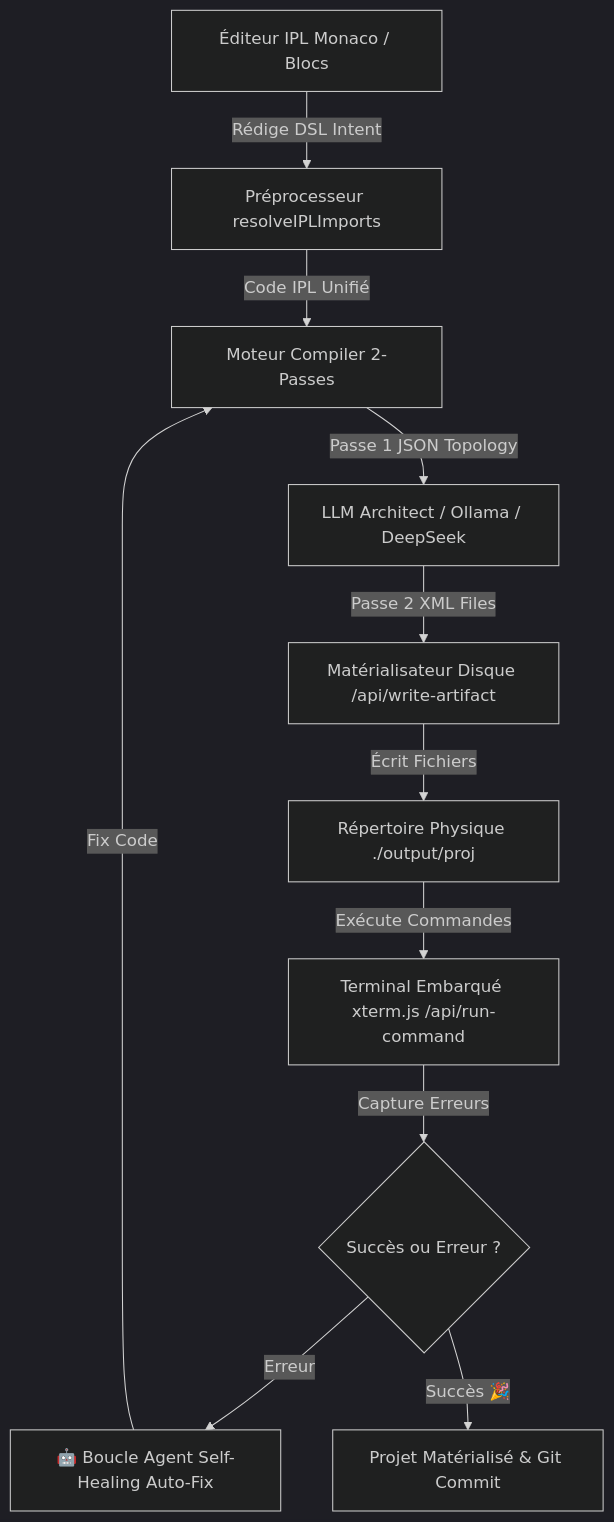
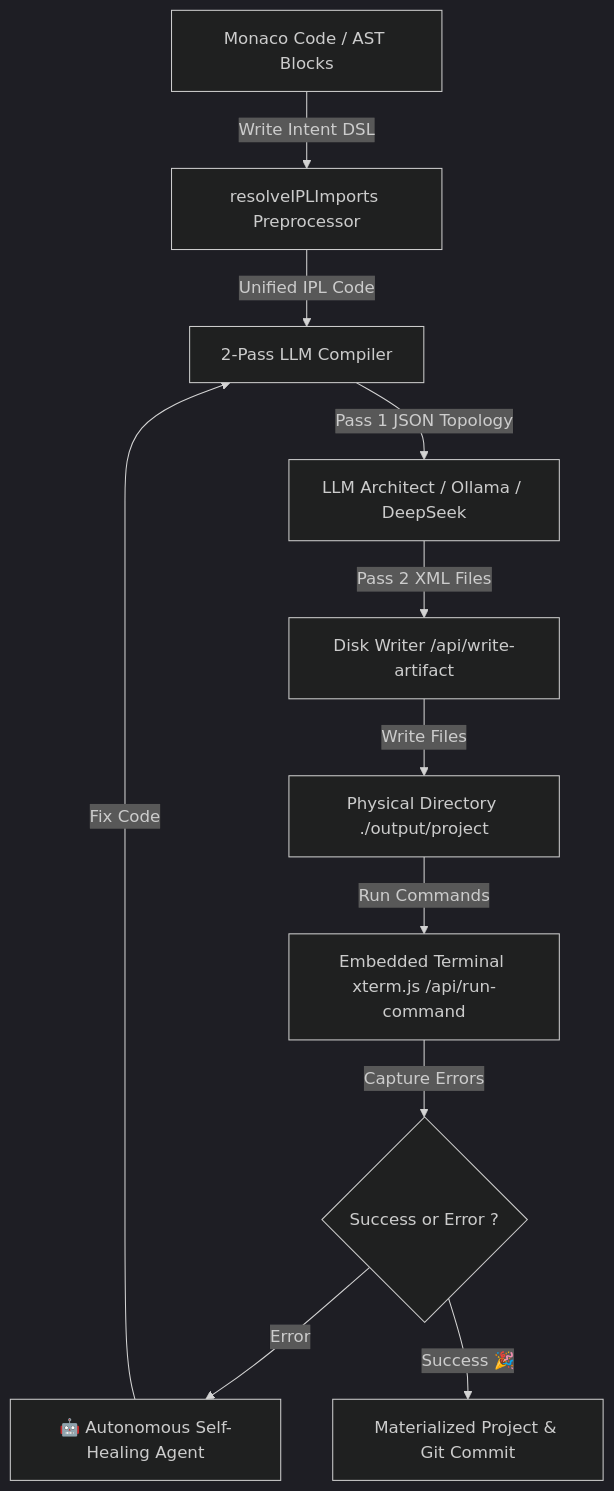
Before and after one commit to lecyberbill/IPL_STUDIO: the diagram in README.md, drawn with Mermaid (dark theme). The commit also changed other lines of this file, not shown here.

````diff
--- a/README.md
+++ b/README.md
@@ -55,13 +55,13 @@
 ```mermaid
 flowchart TD
-    A[Éditeur IPL Monaco / Blocs] -->|Rédige DSL Intent| B[Préprocesseur resolveIPLImports]
-    B -->|Code IPL Unifié| C[Moteur Compiler 2-Passes]
-    C -->|Passe 1 JSON Topology| D[LLM Architect / Ollama / DeepSeek]
-    D -->|Passe 2 XML Files| E[Matérialisateur Disque /api/write-artifact]
-    E -->|Écrit Fichiers| F[Répertoire Physique ./output/proj]
-    F -->|Exécute Commandes| G[Terminal Embarqué xterm.js /api/run-command]
-    G -->|Capture Erreurs| H{Succès ou Erreur ?}
-    H -->|Erreur| I[🤖 Boucle Agent Self-Healing Auto-Fix]
+    A[Monaco Code / AST Blocks] -->|Write Intent DSL| B[resolveIPLImports Preprocessor]
+    B -->|Unified IPL Code| C[2-Pass LLM Compiler]
+    C -->|Pass 1 JSON Topology| D[LLM Architect / Ollama / DeepSeek]
+    D -->|Pass 2 XML Files| E[Disk Writer /api/write-artifact]
+    E -->|Write Files| F[Physical Directory ./output/project]
+    F -->|Run Commands| G[Embedded Terminal xterm.js /api/run-command]
+    G -->|Capture Errors| H{Success or Error ?}
+    H -->|Error| I[🤖 Autonomous Self-Healing Agent]
     I -->|Fix Code| C
-    H -->|Succès 🎉| J[Projet Matérialisé & Git Commit]
+    H -->|Success 🎉| J[Materialized Project & Git Commit]
 ```
````
